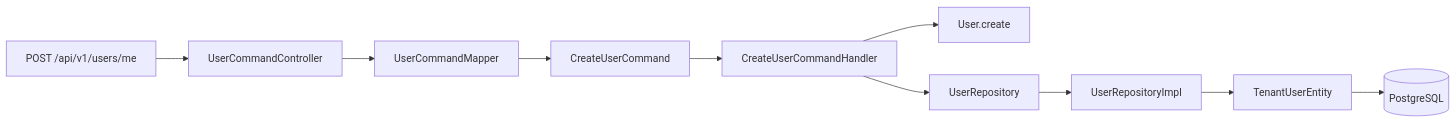
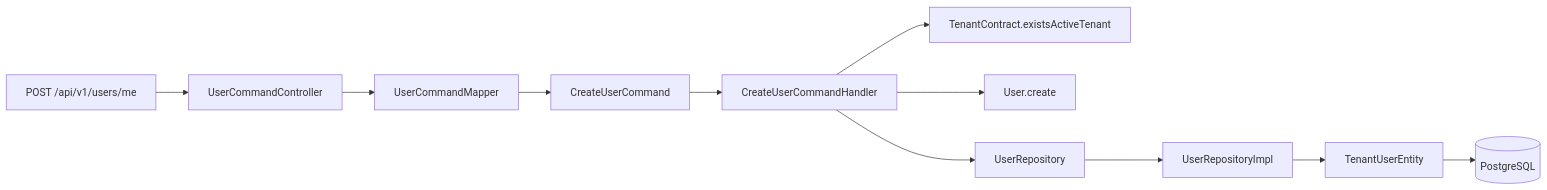
Before and after one commit to woojun-k/pabal: the third of 6 diagrams in docs/architecture/runtime-flow.md, drawn with Mermaid. The commit also changed other lines of this file and 155 other files, not shown here.

````diff
--- a/docs/architecture/runtime-flow.md
+++ b/docs/architecture/runtime-flow.md
@@ -101,12 +103,13 @@
 ```mermaid
 flowchart LR
     req["POST /api/v1/users/me"] --> controller["UserCommandController"]
     controller --> mapper["UserCommandMapper"]
     mapper --> command["CreateUserCommand"]
     command --> handler["CreateUserCommandHandler"]
+    handler --> tenantContract["TenantContract.existsActiveTenant"]
     handler --> domain["User.create"]
     handler --> port["UserRepository"]
     port --> adapter["UserRepositoryImpl"]
     adapter --> entity["TenantUserEntity"]
     entity --> db[(PostgreSQL)]
 ```
````
